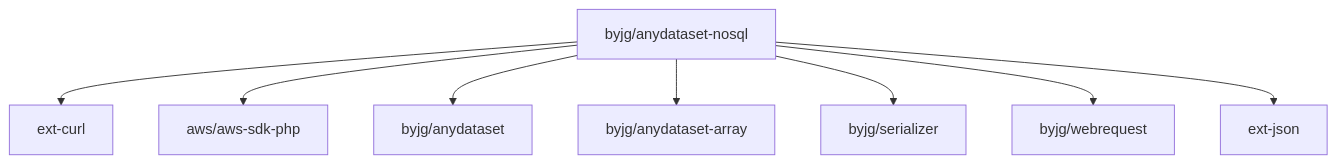
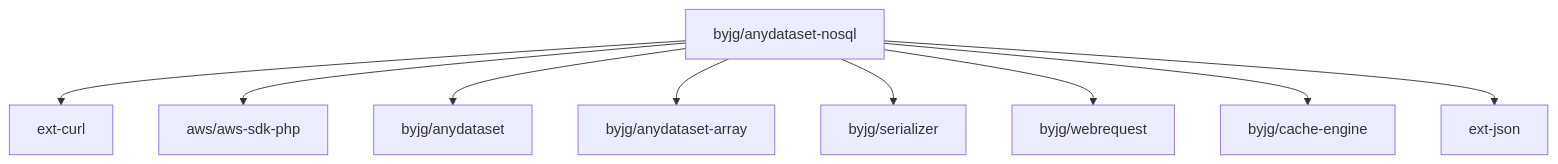
The diagram in docs/php/anydataset-nosql/README.md (byjg/byjg.github.io), drawn with Mermaid before and after one commit. The commit also changed other lines of this file and 3 other files, not shown here.

Commit message:
Update documentation 'php' 'php-anydataset-nosql'

````diff
--- a/docs/php/anydataset-nosql/README.md
+++ b/docs/php/anydataset-nosql/README.md
@@ -89,10 +58,11 @@
 ```mermaid
 flowchart TD
    byjg/anydataset-nosql --> ext-curl
    byjg/anydataset-nosql --> aws/aws-sdk-php
    byjg/anydataset-nosql --> byjg/anydataset
    byjg/anydataset-nosql --> byjg/anydataset-array
    byjg/anydataset-nosql --> byjg/serializer
    byjg/anydataset-nosql --> byjg/webrequest
+   byjg/anydataset-nosql --> byjg/cache-engine
    byjg/anydataset-nosql --> ext-json
 ```
````
